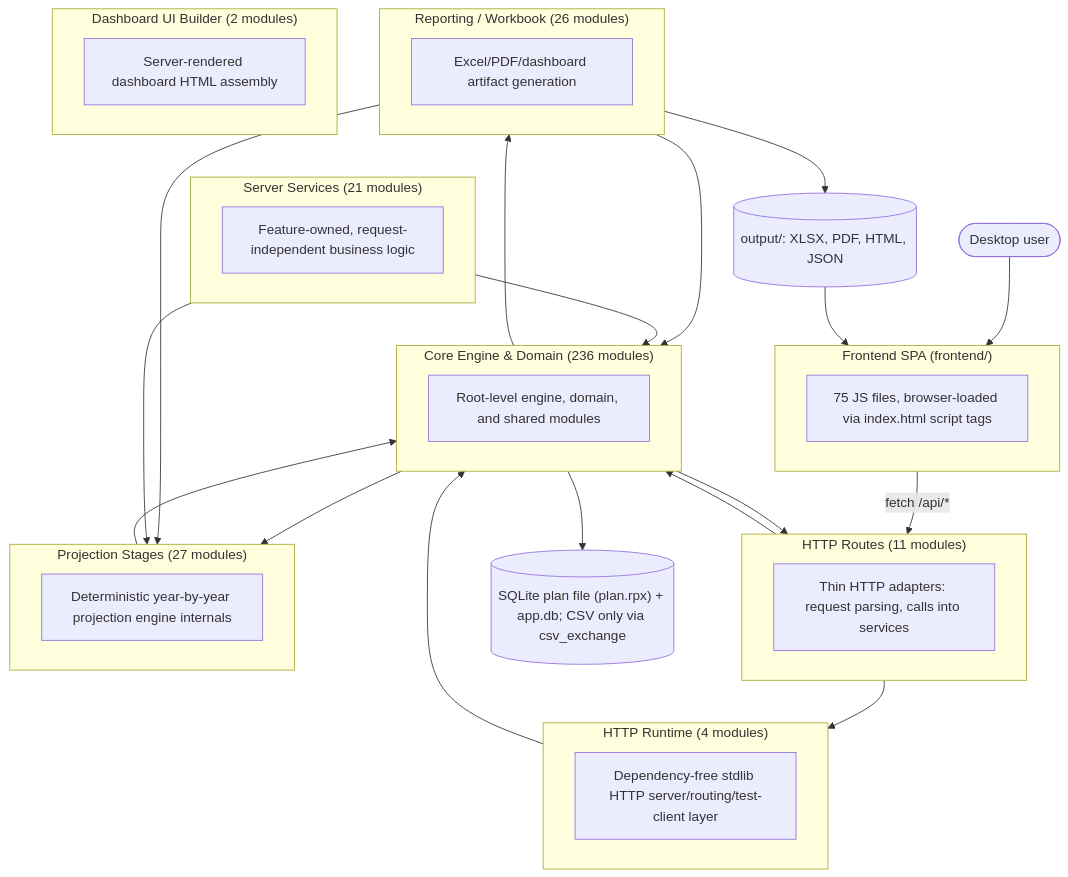
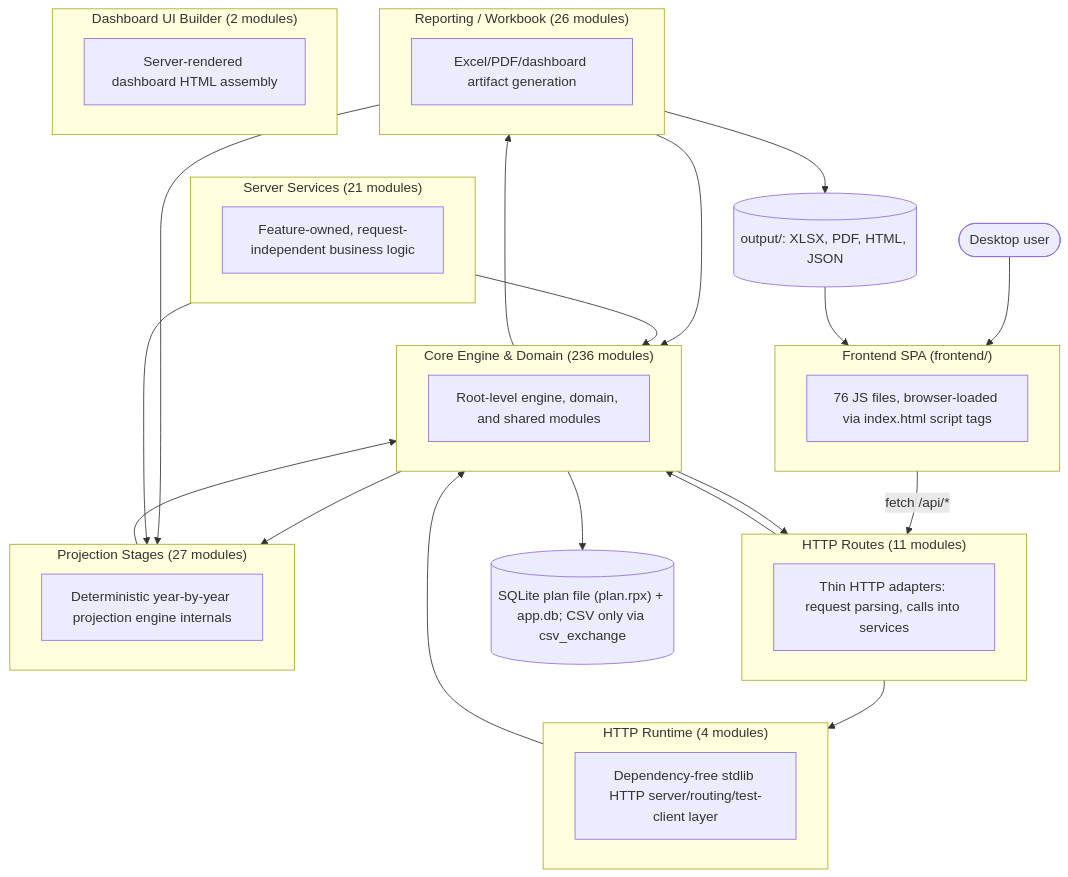
Before and after one commit to matthartzman/retirement_system: the first of 2 diagrams in documentation/reference/SYSTEM_ARCHITECTURE_DIAGRAM.md, drawn with Mermaid. The commit also changed other lines of this file and 6 other files, not shown here.

````diff
--- a/documentation/reference/SYSTEM_ARCHITECTURE_DIAGRAM.md
+++ b/documentation/reference/SYSTEM_ARCHITECTURE_DIAGRAM.md
@@ -11,43 +11,43 @@
 ```mermaid
 flowchart TB
     User(["Desktop user"]) --> FE
     subgraph FE["Frontend SPA (frontend/)"]
-        FEcount["75 JS files, browser-loaded via index.html script tags"]
+        FEcount["76 JS files, browser-loaded via index.html script tags"]
     end
     FE -->|fetch /api/*| L_HTTP_Routes
     subgraph L_HTTP_Routes["HTTP Routes (11 modules)"]
         L_HTTP_Routes_d["Thin HTTP adapters: request parsing, calls into services"]
     end
     subgraph L_Server_Services["Server Services (21 modules)"]
         L_Server_Services_d["Feature-owned, request-independent business logic"]
     end
     subgraph L_HTTP_Runtime["HTTP Runtime (4 modules)"]
         L_HTTP_Runtime_d["Dependency-free stdlib HTTP server/routing/test-client layer"]
     end
     subgraph L_Core_Engine___Domain["Core Engine & Domain (236 modules)"]
         L_Core_Engine___Domain_d["Root-level engine, domain, and shared modules"]
     end
     subgraph L_Projection_Stages["Projection Stages (27 modules)"]
         L_Projection_Stages_d["Deterministic year-by-year projection engine internals"]
     end
     subgraph L_Reporting___Workbook["Reporting / Workbook (26 modules)"]
         L_Reporting___Workbook_d["Excel/PDF/dashboard artifact generation"]
     end
     subgraph L_Dashboard_UI_Builder["Dashboard UI Builder (2 modules)"]
         L_Dashboard_UI_Builder_d["Server-rendered dashboard HTML assembly"]
     end
     L_Core_Engine___Domain --> L_HTTP_Routes
     L_Core_Engine___Domain --> L_Projection_Stages
     L_Core_Engine___Domain --> L_Reporting___Workbook
     L_HTTP_Routes --> L_Core_Engine___Domain
     L_HTTP_Routes --> L_HTTP_Runtime
     L_HTTP_Runtime --> L_Core_Engine___Domain
     L_Projection_Stages --> L_Core_Engine___Domain
     L_Reporting___Workbook --> L_Core_Engine___Domain
     L_Reporting___Workbook --> L_Projection_Stages
     L_Server_Services --> L_Core_Engine___Domain
     L_Server_Services --> L_Projection_Stages
     L_Core_Engine___Domain --> DB[("SQLite plan file (plan.rpx) + app.db; CSV only via csv_exchange")]
     L_Reporting___Workbook --> Outputs[("output/: XLSX, PDF, HTML, JSON")]
     Outputs --> FE
 ```
````
